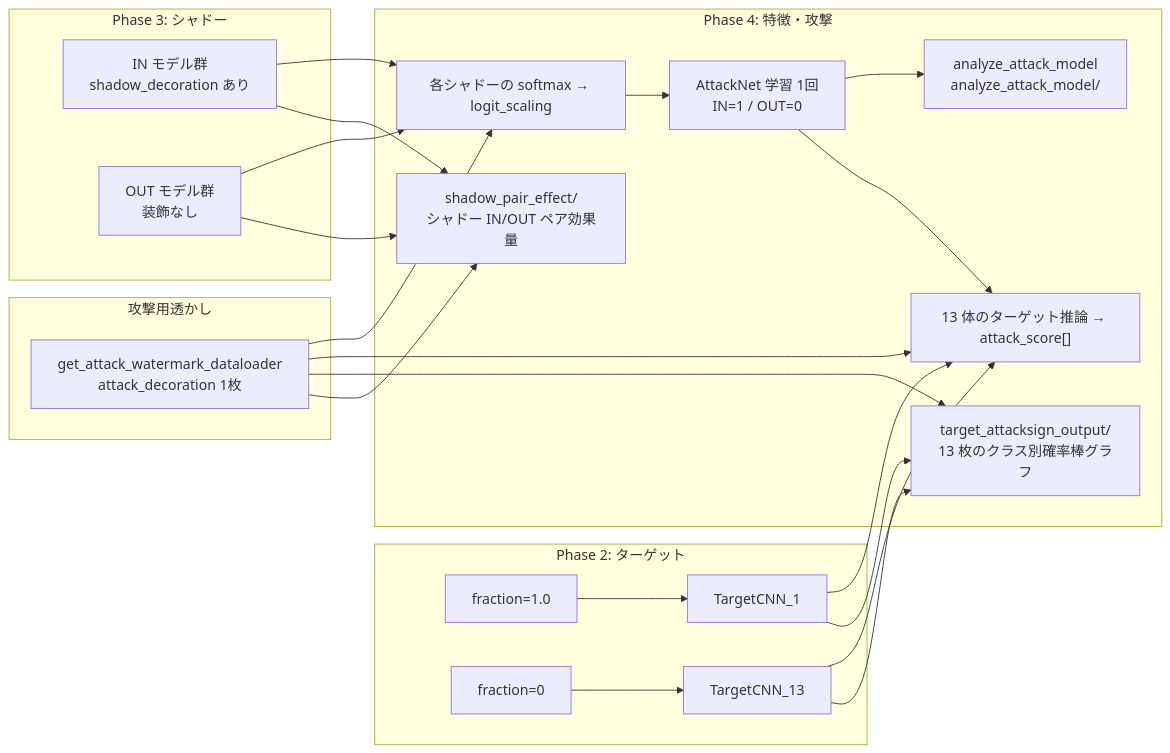
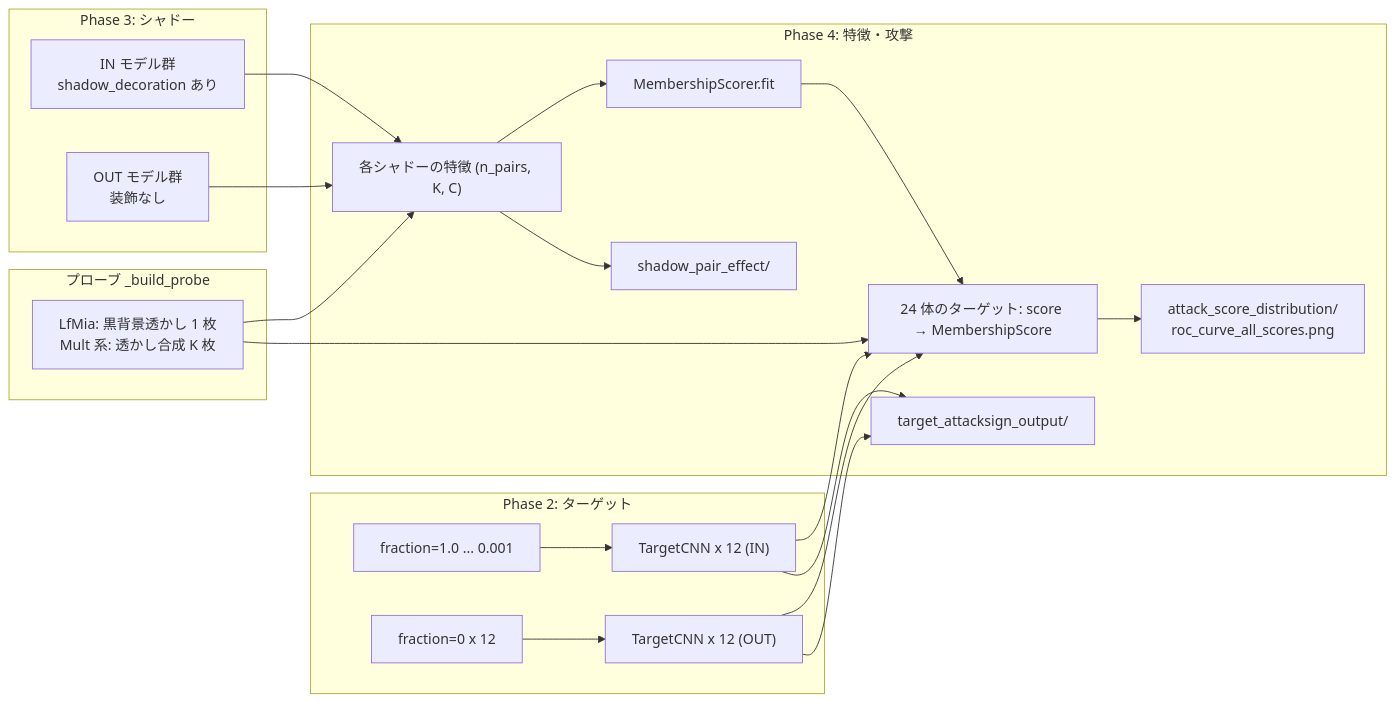
One commit to GoldenPoisonedApple/MIAOS changed diagram 12 of 14 in worker/docs/SPECIFICATION.md. Above: the diagram before and after it, drawn with Mermaid. The commit also changed other lines of this file and 10 other files, not shown here.

````diff
--- a/worker/docs/SPECIFICATION.md
+++ b/worker/docs/SPECIFICATION.md
@@ -486,38 +498,35 @@
 ```mermaid
 flowchart LR
     subgraph phase2 [Phase 2: ターゲット]
-        F1["fraction=1.0"] --> M1[TargetCNN_1]
-        FN["fraction=0"] --> M13[TargetCNN_13]
+        F1["fraction=1.0 ... 0.001"] --> MIN["TargetCNN x 12 (IN)"]
+        FN["fraction=0 x 12"] --> MOUT["TargetCNN x 12 (OUT)"]
     end
     subgraph shadow ["Phase 3: シャドー"]
         IN["IN モデル群<br/>shadow_decoration あり"]
         OUT["OUT モデル群<br/>装飾なし"]
     end
-    subgraph attack_wm ["攻撃用透かし"]
-        WM["get_attack_watermark_dataloader<br/>attack_decoration 1枚"]
+    subgraph probeGroup ["プローブ _build_probe"]
+        PROBE["LfMia: 黒背景透かし 1 枚<br/>Mult 系: 透かし合成 K 枚"]
     end
     subgraph feat ["Phase 4: 特徴・攻撃"]
-        PRED["各シャドーの softmax → logit_scaling"]
-        ATK["AttackNet 学習 1回<br/>IN=1 / OUT=0"]
-        ANA["analyze_attack_model<br/>analyze_attack_model/"]
-        TGT["13 体のターゲット推論 → attack_score[]"]
-        VIS["target_attacksign_output/<br/>13 枚のクラス別確率棒グラフ"]
-        SPE["shadow_pair_effect/<br/>シャドー IN/OUT ペア効果量"]
+        PRED["各シャドーの特徴 (n_pairs, K, C)"]
+        FIT["MembershipScorer.fit"]
+        TGT["24 体のターゲット: score → MembershipScore"]
+        DIST["attack_score_distribution/<br/>roc_curve_all_scores.png"]
+        VIS["target_attacksign_output/"]
+        SPE["shadow_pair_effect/"]
     end
 
     IN --> PRED
     OUT --> PRED
-    WM --> PRED
-    PRED --> ATK
-    ATK --> ANA
-    M1 --> TGT
-    M13 --> TGT
-    WM --> TGT
-    ATK --> TGT
-    M1 --> VIS
-    M13 --> VIS
-    WM --> VIS
-    IN --> SPE
-    OUT --> SPE
-    WM --> SPE
+    PROBE --> PRED
+    PRED --> FIT
+    FIT --> TGT
+    MIN --> TGT
+    MOUT --> TGT
+    PROBE --> TGT
+    TGT --> DIST
+    MIN --> VIS
+    MOUT --> VIS
+    PRED --> SPE
 ```
````
